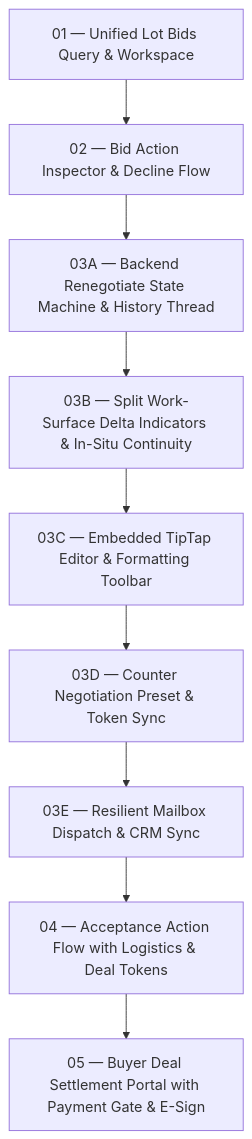
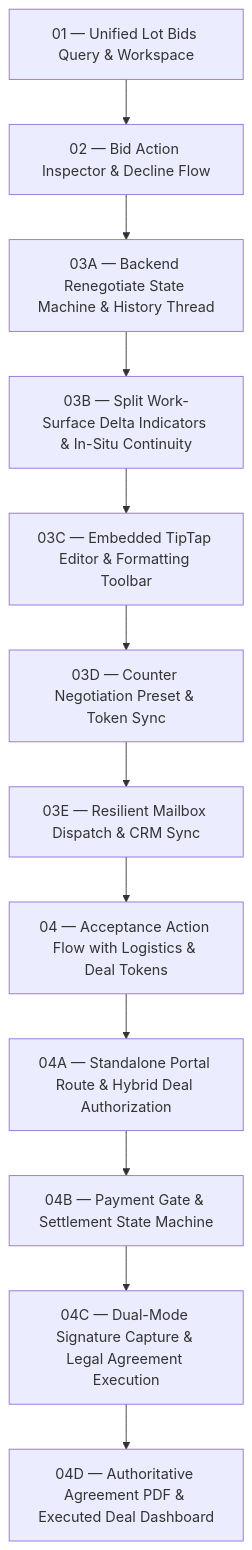
One commit to debashishere/IndSpoilerAlert changed the diagram in .scratch/bid-and-offer-management/README.md. Above: the diagram before and after it, drawn with Mermaid. The commit also changed other lines of this file and 22 other files, not shown here.

Commit message:
feat(portal): implement buyer deal settlement portal with payment gate, dual-mode e-sign, and PDF generation (Issues #04A-#04D, #05)

````diff
--- a/.scratch/bid-and-offer-management/README.md
+++ b/.scratch/bid-and-offer-management/README.md
@@ -7,21 +7,27 @@
 ```mermaid
 graph TD
     T01[01 — Unified Lot Bids Query & Workspace]
     T02[02 — Bid Action Inspector & Decline Flow]
     T03A[03A — Backend Renegotiate State Machine & History Thread]
     T03B[03B — Split Work-Surface Delta Indicators & In-Situ Continuity]
     T03C[03C — Embedded TipTap Editor & Formatting Toolbar]
     T03D[03D — Counter Negotiation Preset & Token Sync]
     T03E[03E — Resilient Mailbox Dispatch & CRM Sync]
     T04[04 — Acceptance Action Flow with Logistics & Deal Tokens]
-    T05[05 — Buyer Deal Settlement Portal with Payment Gate & E-Sign]
+    T04A[04A — Standalone Portal Route & Hybrid Deal Authorization]
+    T04B[04B — Payment Gate & Settlement State Machine]
+    T04C[04C — Dual-Mode Signature Capture & Legal Agreement Execution]
+    T04D[04D — Authoritative Agreement PDF & Executed Deal Dashboard]
 
     T01 --> T02
     T02 --> T03A
     T03A --> T03B
     T03B --> T03C
     T03C --> T03D
     T03D --> T03E
     T03E --> T04
-    T04 --> T05
+    T04 --> T04A
+    T04A --> T04B
+    T04B --> T04C
+    T04C --> T04D
 ```
````
